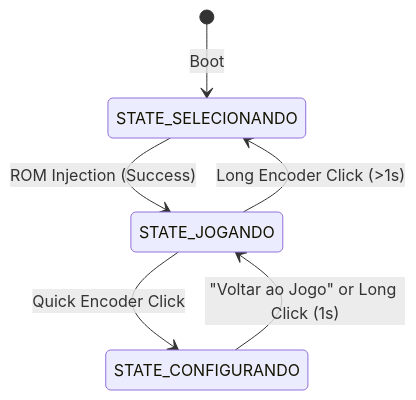
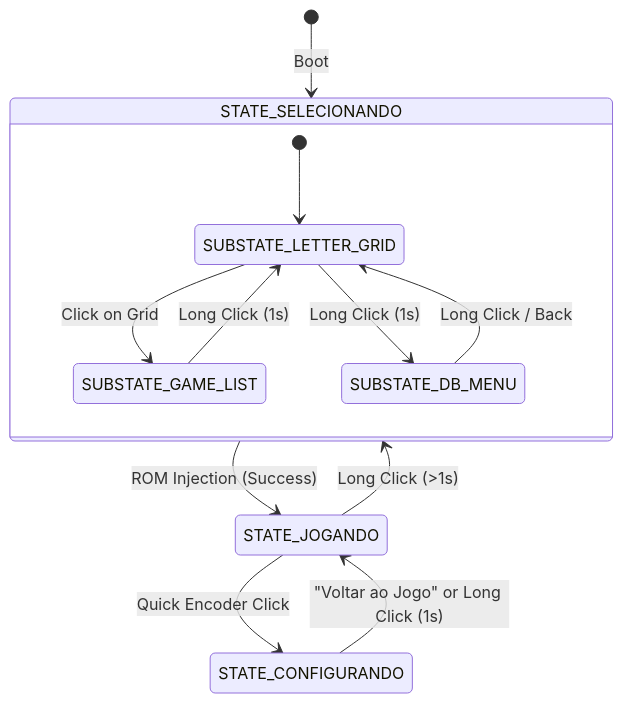
One commit to sandrobenigno/FPGABuddy changed the diagram in README.md. Above: the diagram before and after it, drawn with Mermaid. The commit also changed 1 other file, not shown here.

Commit message:
Nova abordagem FlatDB com scan no SD card

````diff
--- a/README.md
+++ b/README.md
@@ -139,8 +139,17 @@
 ```mermaid
 stateDiagram-v2
     [*] --> STATE_SELECIONANDO : Boot
+    
+    state STATE_SELECIONANDO {
+        [*] --> SUBSTATE_LETTER_GRID
+        SUBSTATE_LETTER_GRID --> SUBSTATE_GAME_LIST : Click on Grid
+        SUBSTATE_GAME_LIST --> SUBSTATE_LETTER_GRID : Long Click (1s)
+        SUBSTATE_LETTER_GRID --> SUBSTATE_DB_MENU : Long Click (1s)
+        SUBSTATE_DB_MENU --> SUBSTATE_LETTER_GRID : Long Click / Back
+    }
+
     STATE_SELECIONANDO --> STATE_JOGANDO : ROM Injection (Success)
     STATE_JOGANDO --> STATE_CONFIGURANDO : Quick Encoder Click
     STATE_CONFIGURANDO --> STATE_JOGANDO : "Voltar ao Jogo" or Long Click (1s)
-    STATE_JOGANDO --> STATE_SELECIONANDO : Long Encoder Click (>1s)
+    STATE_JOGANDO --> STATE_SELECIONANDO : Long Click (>1s)
 ```
````
